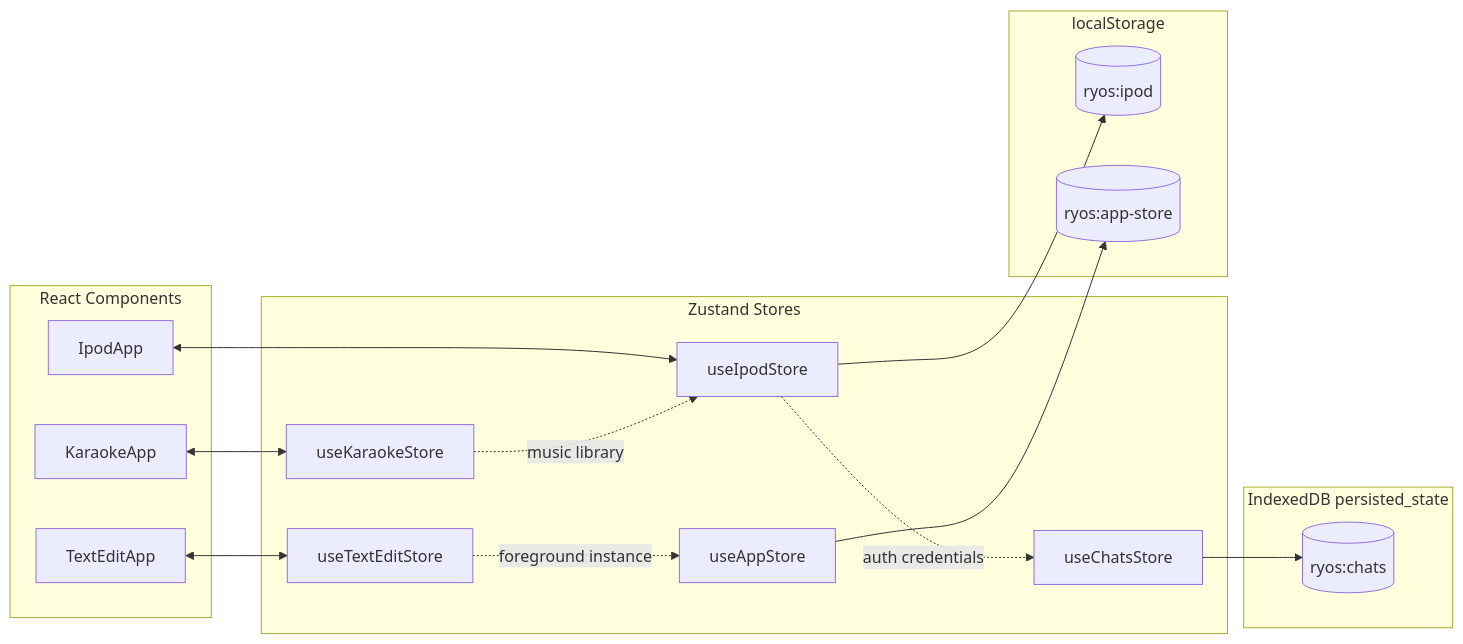
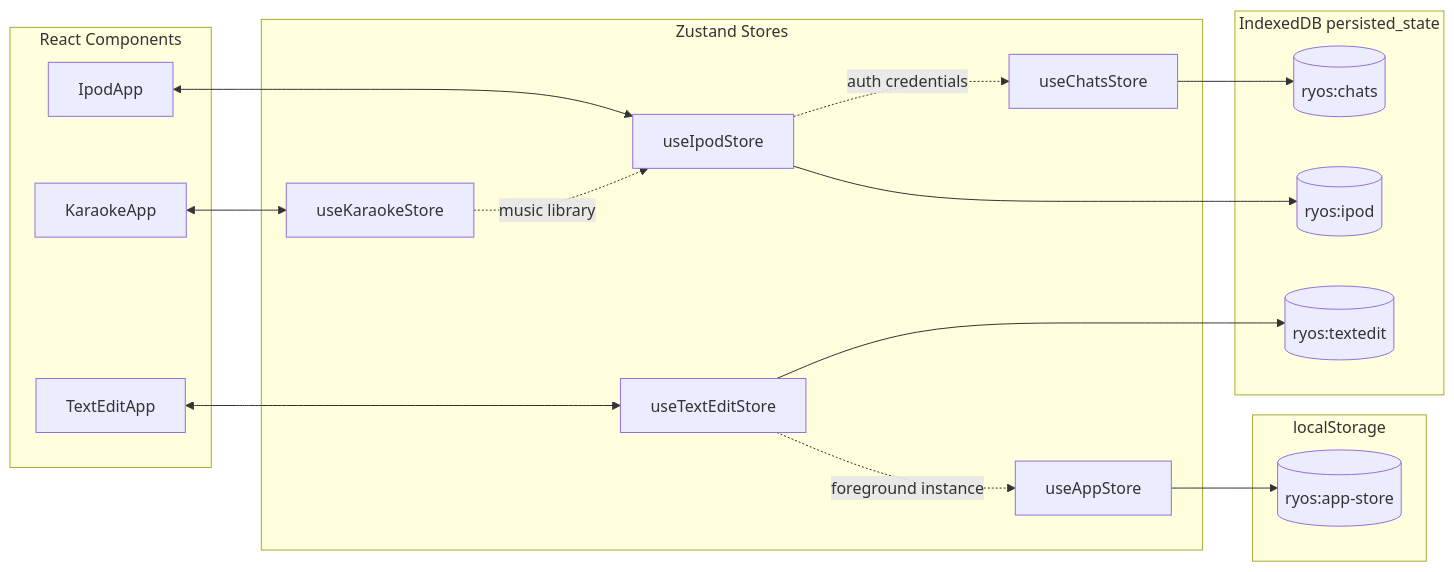
Before and after one commit to ryokun6/ryos: the fourth of 6 diagrams in docs/3.2-state-management.md, drawn with Mermaid. The commit also changed other lines of this file and 32 other files, not shown here.

````diff
--- a/docs/3.2-state-management.md
+++ b/docs/3.2-state-management.md
@@ -453,37 +460,39 @@
 ```mermaid
 flowchart LR
     subgraph Components["React Components"]
         C1[IpodApp]
         C2[KaraokeApp]
         C3[TextEditApp]
     end
 
     subgraph Stores["Zustand Stores"]
         S1[useIpodStore]
         S2[useKaraokeStore]
         S3[useTextEditStore]
         S4[useChatsStore]
         S5[useAppStore]
     end
 
     subgraph Persist["localStorage"]
-        P1[(ryos:ipod)]
         P3[(ryos:app-store)]
     end
 
     subgraph LargePersist["IndexedDB persisted_state"]
         P2[(ryos:chats)]
+        P1[(ryos:ipod)]
+        P4[(ryos:textedit)]
     end
 
     C1 <--> S1
     C2 <--> S2
     C3 <--> S3
 
     S2 -.-> |music library| S1
     S3 -.-> |foreground instance| S5
     S1 -.-> |auth credentials| S4
 
     S1 --> P1
+    S3 --> P4
     S4 --> P2
     S5 --> P3
 ```
````
